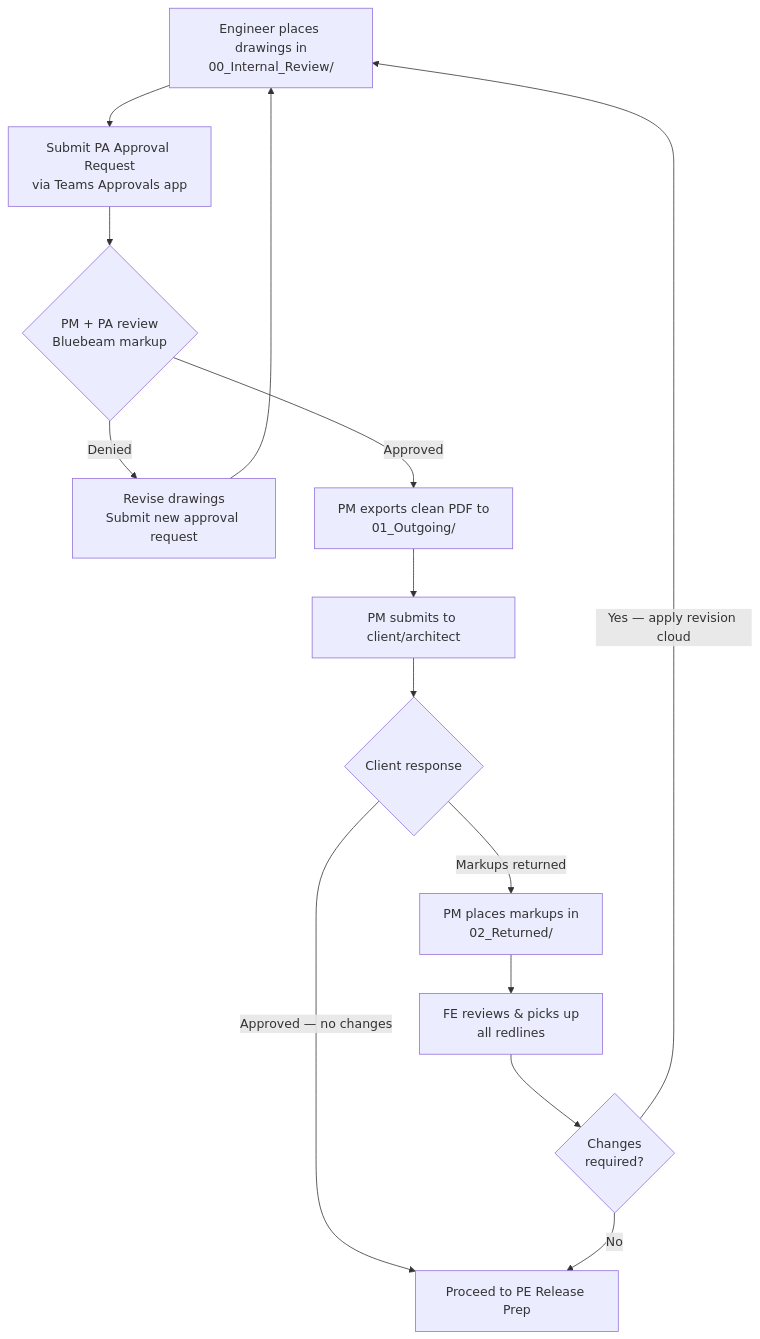
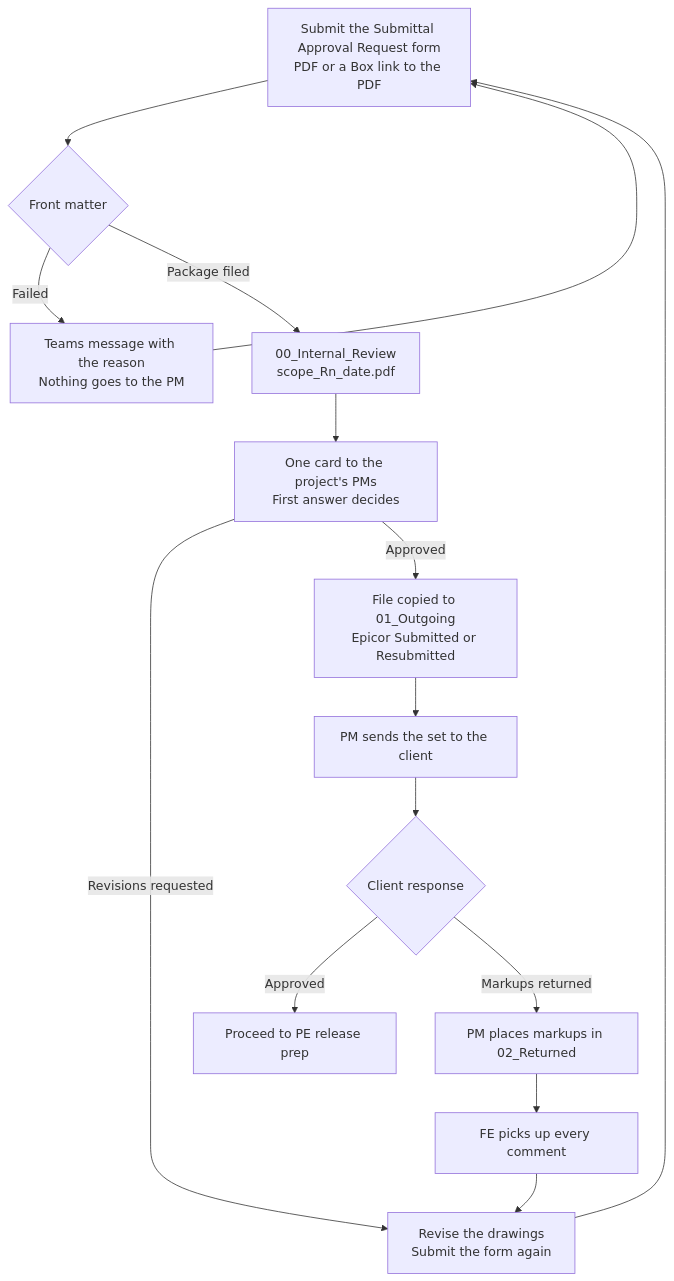
One commit to cwka-engineering/cwka-engineering.github.io changed the diagram in workflows/fabrication-engineer/submittal-review.md. Above: the diagram before and after it, drawn with Mermaid. The commit also changed other lines of this file and 30 other files, not shown here.

First line of the commit message:
Wiki: describe the live submittal, FE to PE, and part-request handoffs.

````diff
--- a/workflows/fabrication-engineer/submittal-review.md
+++ b/workflows/fabrication-engineer/submittal-review.md
@@ -30,17 +32,18 @@
 ```mermaid
 flowchart TD
-  A["Engineer places drawings in<br/>00_Internal_Review/"]
-  A --> B["Submit PA Approval Request<br/>via Teams Approvals app"]
-  B --> C{PM + PA review<br/>Bluebeam markup}
-  C -->|Denied| D["Revise drawings<br/>Submit new approval request"]
-  D --> A
-  C -->|Approved| E["PM exports clean PDF to<br/>01_Outgoing/"]
-  E --> F["PM submits to client/architect"]
-  F --> G{Client response}
-  G -->|"Approved — no changes"| H["Proceed to PE Release Prep"]
-  G -->|"Markups returned"| I["PM places markups in<br/>02_Returned/"]
-  I --> J["FE reviews &amp; picks up<br/>all redlines"]
-  J --> K{Changes<br/>required?}
-  K -->|"Yes — apply revision cloud"| A
-  K -->|No| H
+  A["Submit the Submittal Approval Request form<br/>PDF or a Box link to the PDF"]
+  A --> B{Front matter}
+  B -->|Failed| C["Teams message with the reason<br/>Nothing goes to the PM"]
+  C --> A
+  B -->|Package filed| D["00_Internal_Review<br/>scope_Rn_date.pdf"]
+  D --> E["One card to the project's PMs<br/>First answer decides"]
+  E -->|Revisions requested| F["Revise the drawings<br/>Submit the form again"]
+  F --> A
+  E -->|Approved| G["File copied to 01_Outgoing<br/>Epicor Submitted or Resubmitted"]
+  G --> H["PM sends the set to the client"]
+  H --> I{Client response}
+  I -->|Approved| J["Proceed to PE release prep"]
+  I -->|Markups returned| K["PM places markups in 02_Returned"]
+  K --> L["FE picks up every comment"]
+  L --> F
 ```
````
